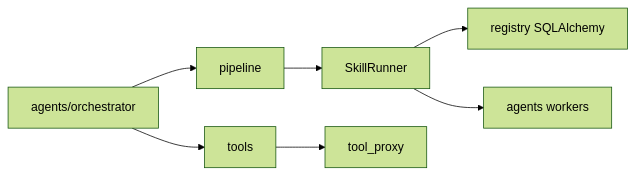
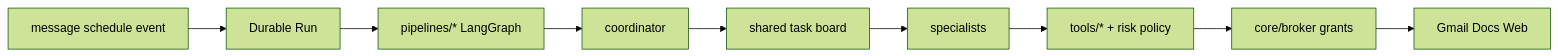
The diagram in ARCHITECTURE.md (aelaf-git/cognilance), drawn with Mermaid (forest theme) before and after one commit. The commit also changed other lines of this file and 316 other files, not shown here.

First line of the commit message:
Refactor architecture and rename orchestrator to coordinator

````diff
--- a/ARCHITECTURE.md
+++ b/ARCHITECTURE.md
@@ -26,9 +38,11 @@
 ```mermaid
 flowchart LR
-  Orch[agents/orchestrator] --> Pipe[pipeline]
-  Orch --> Tools[tools]
-  Pipe --> Runner[SkillRunner]
-  Runner --> Reg[registry SQLAlchemy]
-  Runner --> Workers[agents workers]
-  Tools --> Proxy[tool_proxy]
+  Trigger[message schedule event] --> Run[Durable Run]
+  Run --> Pipe[pipelines/* LangGraph]
+  Pipe --> Coord[coordinator]
+  Coord --> Board[shared task board]
+  Board --> Spec[specialists]
+  Spec --> Tools[tools/* + risk policy]
+  Tools --> Broker[core/broker grants]
+  Broker --> Ext[Gmail Docs Web]
 ```
````
